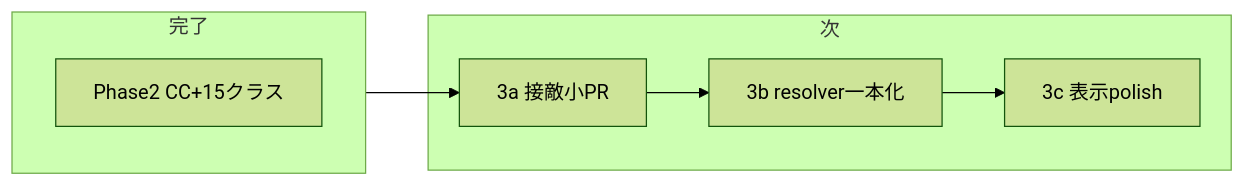
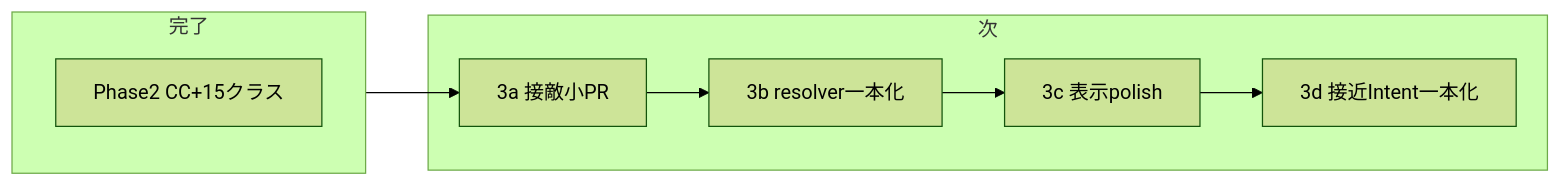
One commit to sucRo0629/auto-battle-idle changed the diagram in docs/plans/master-work-order.md. Above: the diagram before and after it, drawn with Mermaid (forest theme). The commit also changed other lines of this file and 9 other files, not shown here.

````diff
--- a/docs/plans/master-work-order.md
+++ b/docs/plans/master-work-order.md
@@ -44,12 +45,13 @@
 ```mermaid
 flowchart LR
   subgraph done [完了]
     P2[Phase2 CC+15クラス]
   end
   subgraph next [次]
     B1[3a 接敵小PR]
     B2[3b resolver一本化]
     B3[3c 表示polish]
+    B4[3d 接近Intent一本化]
   end
-  done --> B1 --> B2 --> B3
+  done --> B1 --> B2 --> B3 --> B4
 ```
````
